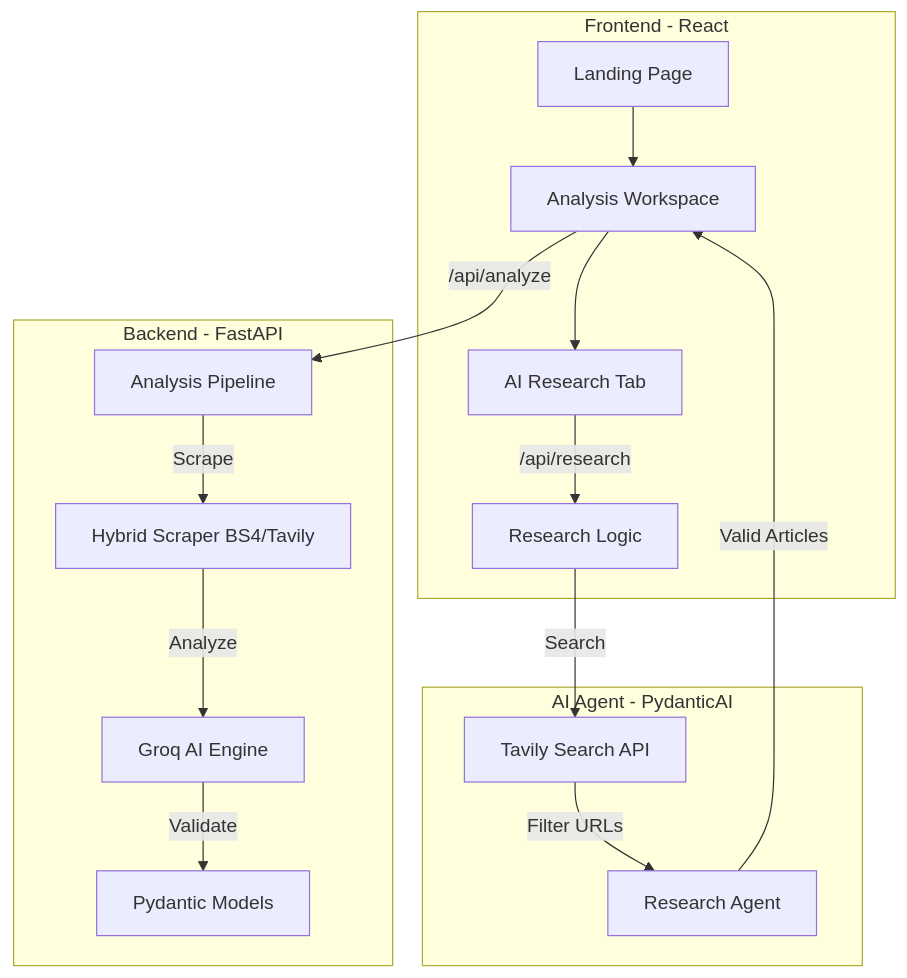
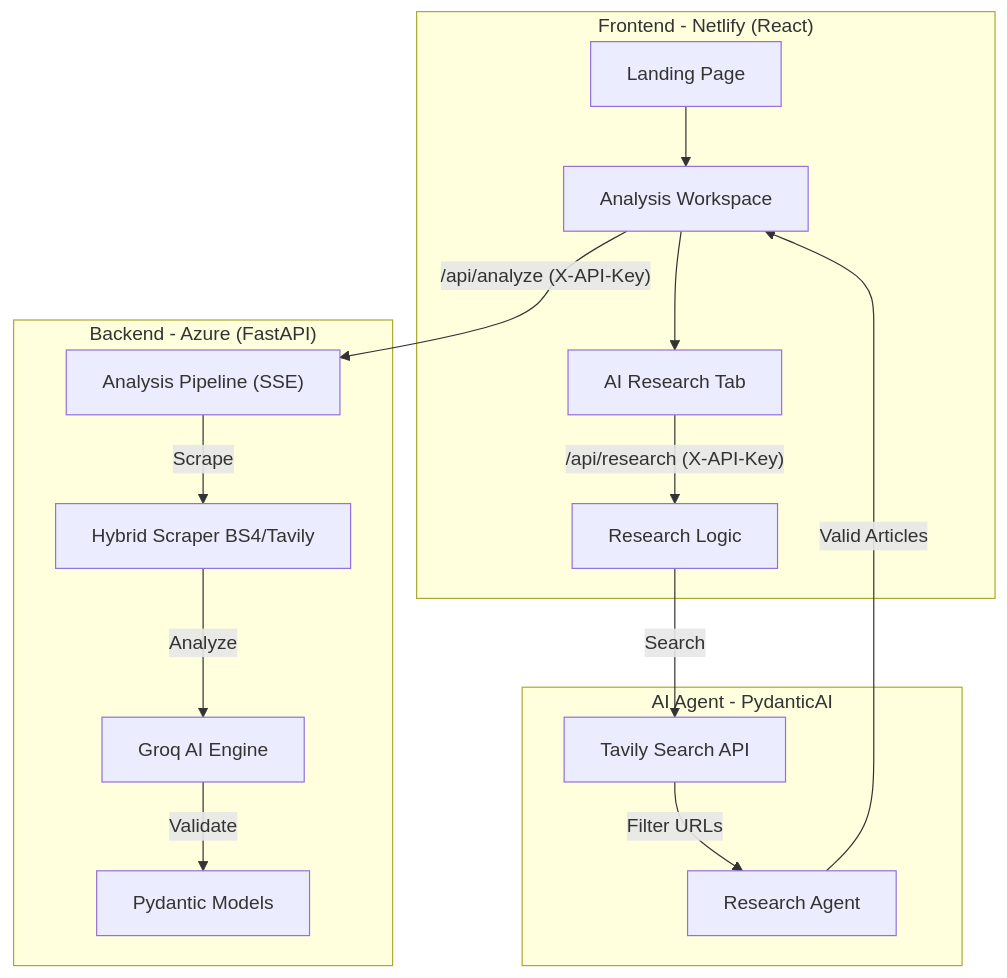
Before and after one commit to flxhrdyn/Omnius: the second of 2 diagrams in README.md, drawn with Mermaid. The commit also changed other lines of this file, not shown here.

Commit message:
docs: comprehensive update to README with cloud architecture and production specs

````diff
--- a/README.md
+++ b/README.md
@@ -53,21 +94,21 @@
 ```mermaid
 graph TD
-    subgraph UI_Layer ["Frontend - React"]
+    subgraph UI_Layer ["Frontend - Netlify (React)"]
         Landing["Landing Page"] --> Workspace["Analysis Workspace"]
         Workspace --> ResearchTab["AI Research Tab"]
-        ResearchTab -->|"/api/research"| ResearchLogic["Research Logic"]
+        ResearchTab -->|"/api/research (X-API-Key)"| ResearchLogic["Research Logic"]
     end
     
     subgraph Agent_Layer ["AI Agent - PydanticAI"]
         ResearchLogic -->|"Search"| TAV["Tavily Search API"]
         TAV -->|"Filter URLs"| AGENT["Research Agent"]
         AGENT -->|"Valid Articles"| Workspace
     end
 
-    subgraph Analysis_Layer ["Backend - FastAPI"]
-        Workspace -->|"/api/analyze"| Analyze["Analysis Pipeline"]
+    subgraph Analysis_Layer ["Backend - Azure (FastAPI)"]
+        Workspace -->|"/api/analyze (X-API-Key)"| Analyze["Analysis Pipeline (SSE)"]
         Analyze -->|"Scrape"| SCR["Hybrid Scraper BS4/Tavily"]
         SCR -->|"Analyze"| LLM["Groq AI Engine"]
         LLM -->|"Validate"| PYD["Pydantic Models"]
     end
 ```
````
